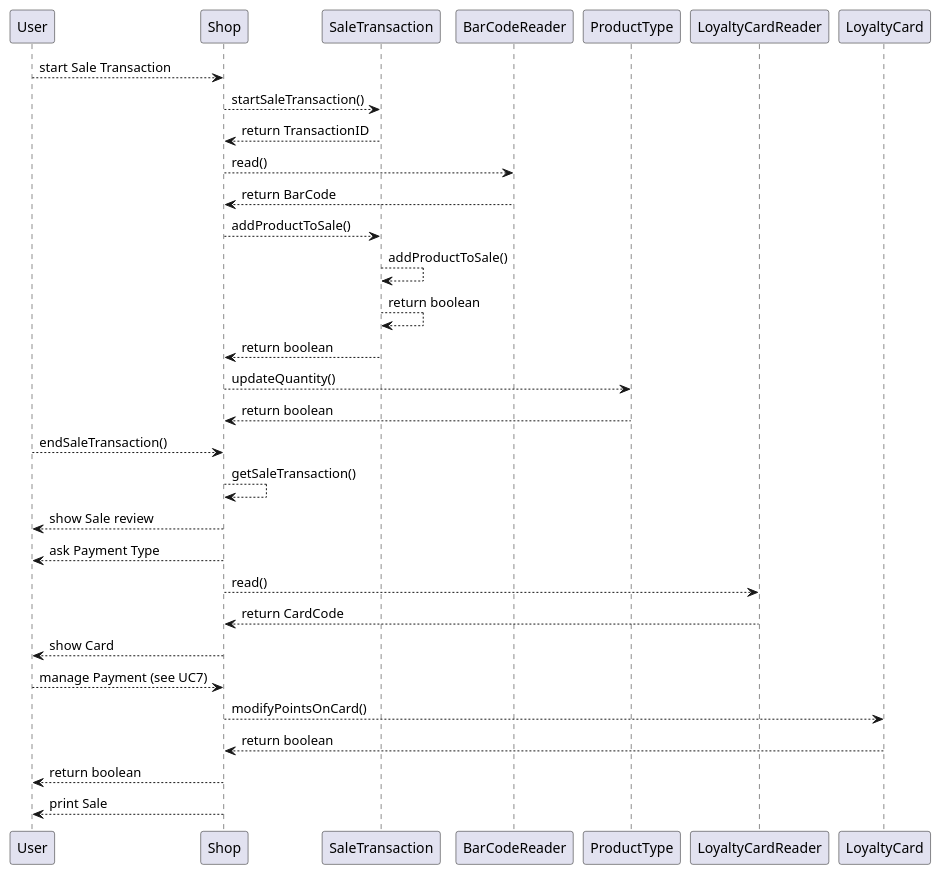
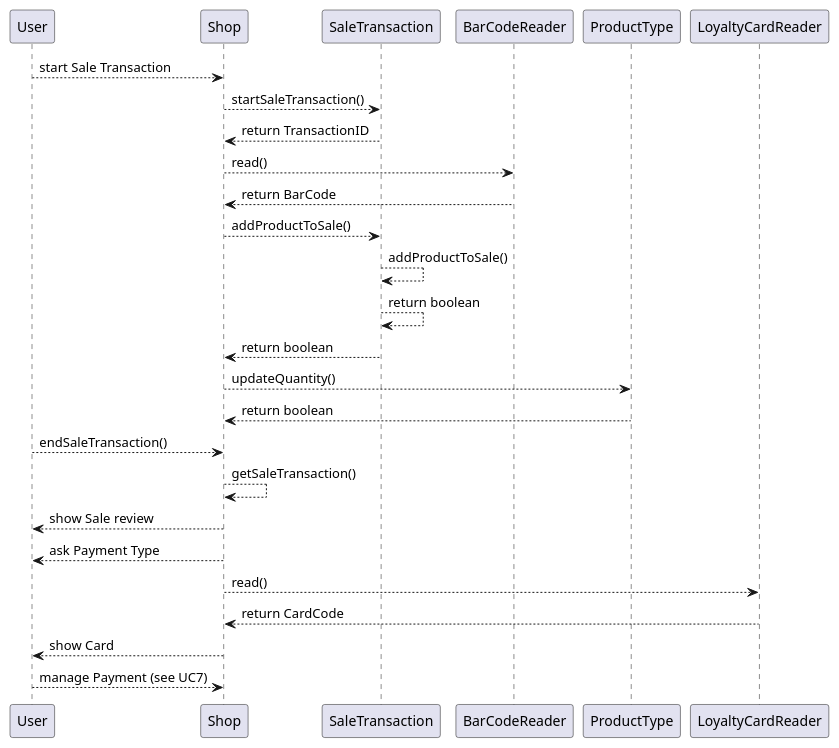
One commit to Stormz4/group20-EzShop changed diagram 12 of 19 in Deliverables/DesignDocument.md. Above: the diagram before and after it, drawn with PlantUML. The commit also changed other lines of this file, not shown here.

````diff
--- a/Deliverables/DesignDocument.md
+++ b/Deliverables/DesignDocument.md
@@ -455,31 +462,27 @@
 ```plantuml
 @startuml
 User --> Shop: start Sale Transaction
 Shop --> SaleTransaction: startSaleTransaction()
 SaleTransaction --> Shop: return TransactionID
 
 Shop --> BarCodeReader: read()
 BarCodeReader --> Shop : return BarCode
 
 Shop --> SaleTransaction: addProductToSale()
 SaleTransaction --> SaleTransaction : addProductToSale()
 SaleTransaction --> SaleTransaction : return boolean
 SaleTransaction --> Shop : return boolean
 Shop --> ProductType : updateQuantity()
 ProductType --> Shop: return boolean
 User --> Shop: endSaleTransaction()
 Shop --> Shop: getSaleTransaction()
 Shop --> User: show Sale review
 Shop --> User: ask Payment Type
 
 Shop --> LoyaltyCardReader: read()
 LoyaltyCardReader --> Shop : return CardCode
 
 Shop --> User: show Card
 User --> Shop: manage Payment (see UC7)
-Shop --> LoyaltyCard: modifyPointsOnCard()
-LoyaltyCard --> Shop: return boolean
-Shop --> User: return boolean
-Shop --> User: print Sale
 @enduml
 ```
````
